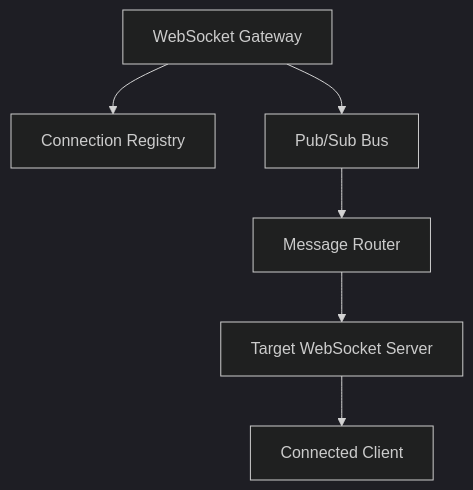
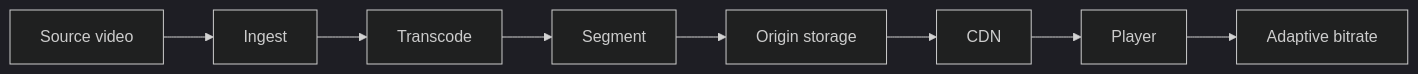
Before and after one commit to mthaiseer/springcloud-systemdesign-notes: the eighth of 16 diagrams in HLD_NOTES/002_TYPES_OF_INTERVIEWS/001_Real_time_updates.md, drawn with Mermaid (dark theme). The commit also changed other lines of this file and 1 other file, not shown here.

````diff
--- a/HLD_NOTES/002_TYPES_OF_INTERVIEWS/001_Real_time_updates.md
+++ b/HLD_NOTES/002_TYPES_OF_INTERVIEWS/001_Real_time_updates.md
@@ -427,8 +587,10 @@
 ```mermaid
-flowchart TD
-    A[WebSocket Gateway] --> B[Connection Registry]
-    A --> C[Pub/Sub Bus]
-    C --> D[Message Router]
-    D --> E[Target WebSocket Server]
-    E --> F[Connected Client]
+flowchart LR
+  A["Source video"] --> B["Ingest"]
+  B --> C["Transcode"]
+  C --> D["Segment"]
+  D --> E["Origin storage"]
+  E --> F["CDN"]
+  F --> G["Player"]
+  G --> H["Adaptive bitrate"]
 ```
````
